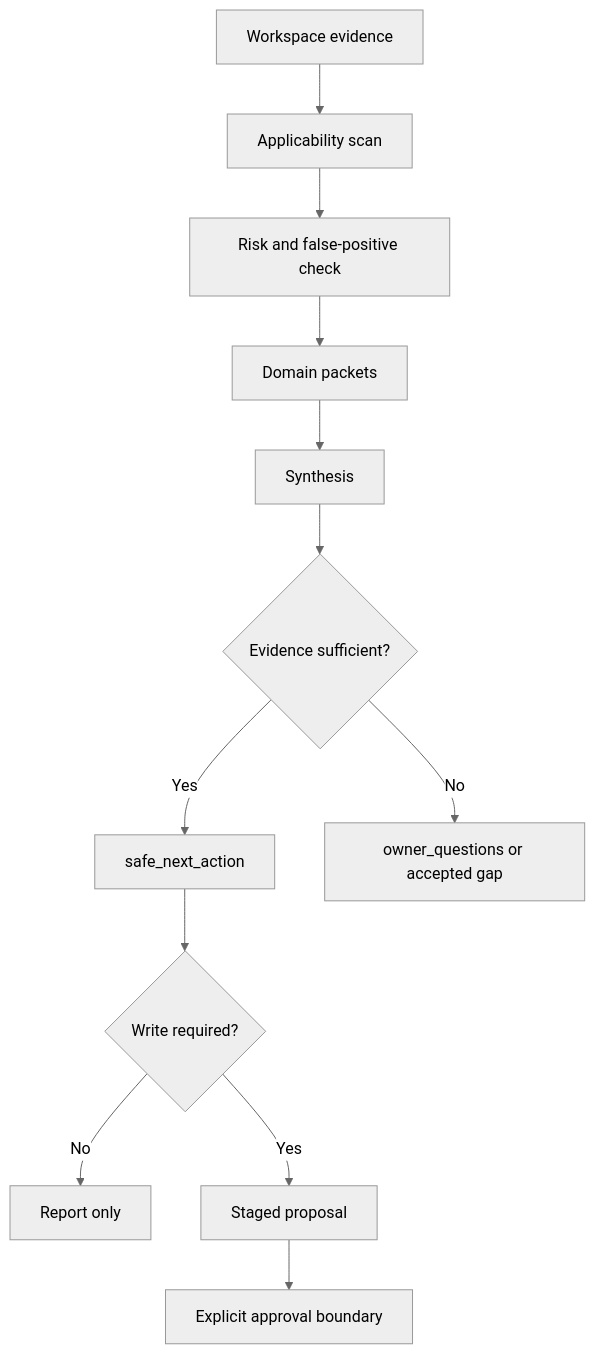
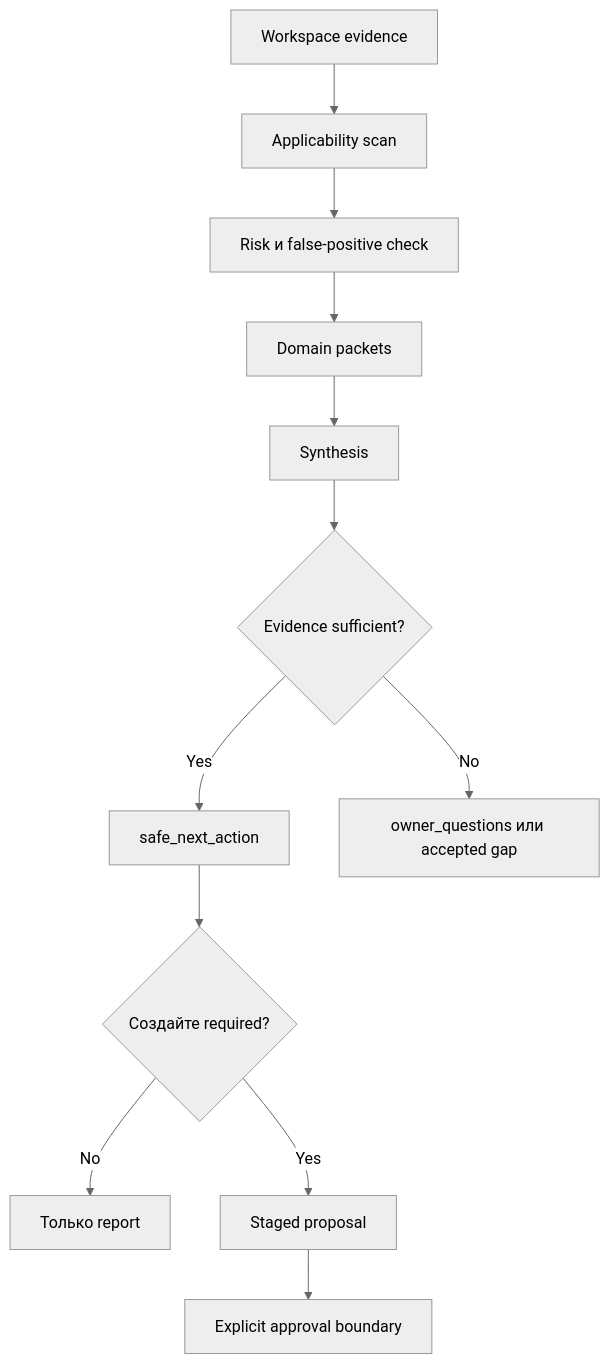
One commit to alexroadcaster/product-agent-os changed the diagram in docs/product-agent-os/methodology-intelligence.md. Above: the diagram before and after it, drawn with Mermaid (neutral theme). The commit also changed other lines of this file and 447 other files, not shown here.

````diff
--- a/docs/product-agent-os/methodology-intelligence.md
+++ b/docs/product-agent-os/methodology-intelligence.md
@@ -66,14 +66,14 @@
 ```mermaid
 flowchart TD
     A["Workspace evidence"] --> B["Applicability scan"]
-    B --> C["Risk and false-positive check"]
+    B --> C["Risk и false-positive check"]
     C --> D["Domain packets"]
     D --> E["Synthesis"]
     E --> F{"Evidence sufficient?"}
     F -->|Yes| G["safe_next_action"]
-    F -->|No| H["owner_questions or accepted gap"]
-    G --> I{"Write required?"}
-    I -->|No| J["Report only"]
+    F -->|No| H["owner_questions или accepted gap"]
+    G --> I{"Создайте required?"}
+    I -->|No| J["Только report"]
     I -->|Yes| K["Staged proposal"]
     K --> L["Explicit approval boundary"]
 ```
````
